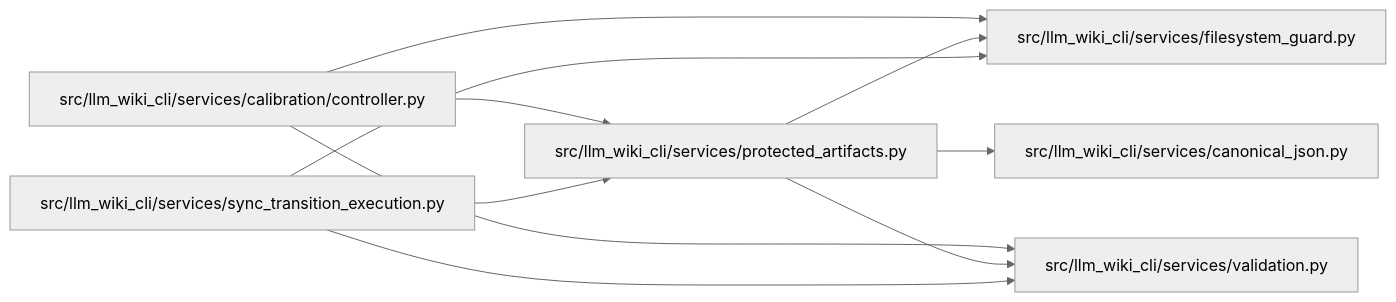
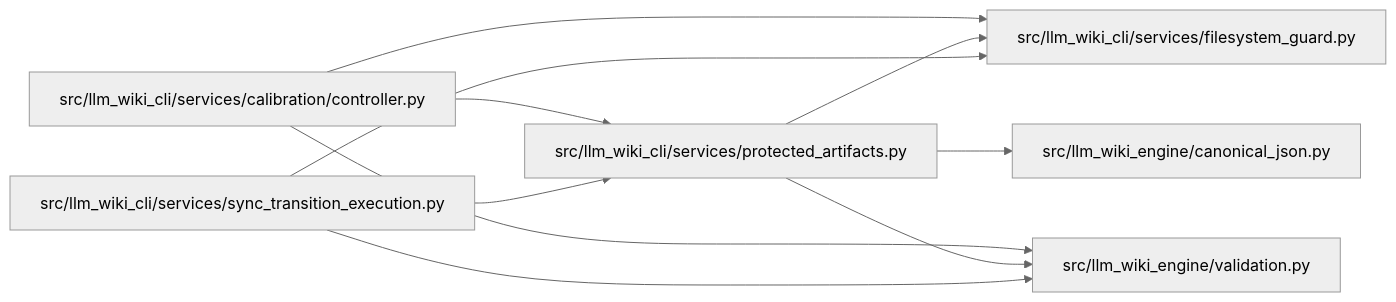
The diagram in docs/llm_wiki/modules/protected_artifacts.md (Denissvgn/python-wiki-llm), drawn with Mermaid (neutral theme) before and after one commit. The commit also changed other lines of this file and 1103 other files, not shown here.

First line of the commit message:
docs: refresh the wiki for the llm-wiki-engine distribution

````diff
--- a/docs/llm_wiki/modules/protected_artifacts.md
+++ b/docs/llm_wiki/modules/protected_artifacts.md
@@ -46,24 +46,24 @@
 ```mermaid
 flowchart LR
     n0["src/llm_wiki_cli/services/calibration/controller.py"]
-    n1["src/llm_wiki_cli/services/canonical_json.py"]
-    n2["src/llm_wiki_cli/services/filesystem_guard.py"]
-    n3["src/llm_wiki_cli/services/protected_artifacts.py"]
-    n4["src/llm_wiki_cli/services/sync_transition_execution.py"]
-    n5["src/llm_wiki_cli/services/validation.py"]
+    n1["src/llm_wiki_cli/services/filesystem_guard.py"]
+    n2["src/llm_wiki_cli/services/protected_artifacts.py"]
+    n3["src/llm_wiki_cli/services/sync_transition_execution.py"]
+    n4["src/llm_wiki_engine/canonical_json.py"]
+    n5["src/llm_wiki_engine/validation.py"]
+    n0 --> n1
     n0 --> n2
-    n0 --> n3
     n0 --> n5
+    n2 --> n1
+    n2 --> n4
+    n2 --> n5
     n3 --> n1
     n3 --> n2
     n3 --> n5
-    n4 --> n2
-    n4 --> n3
-    n4 --> n5
     click n0 "../modules/controller.md"
-    click n1 "../modules/canonical_json.md"
-    click n2 "../modules/filesystem_guard.md"
-    click n3 "../modules/protected_artifacts.md"
-    click n4 "../modules/sync_transition_execution.md"
+    click n1 "../modules/filesystem_guard.md"
+    click n2 "../modules/protected_artifacts.md"
+    click n3 "../modules/sync_transition_execution.md"
+    click n4 "../modules/canonical_json.md"
     click n5 "../modules/validation.md"
 ```
````
